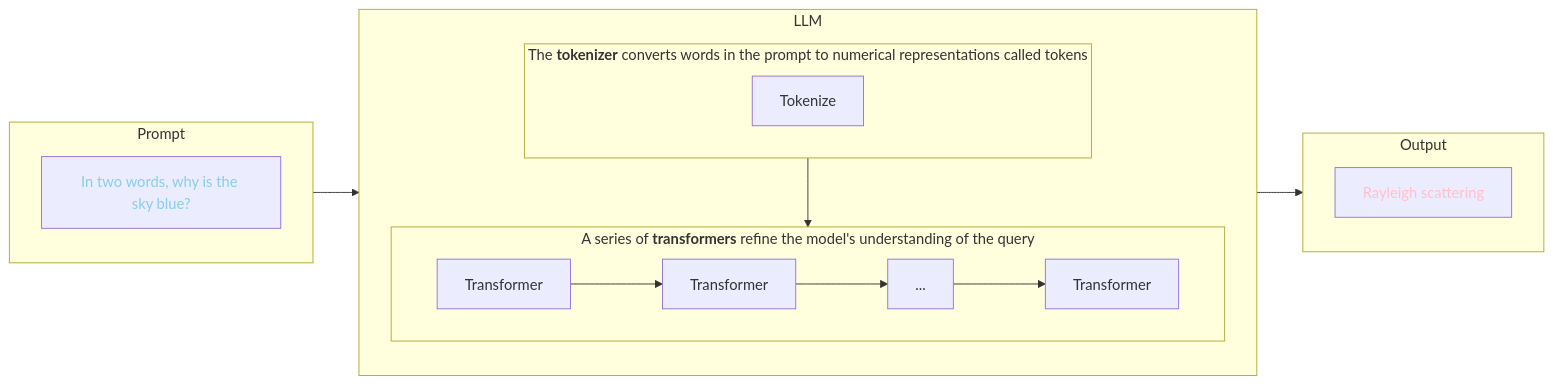
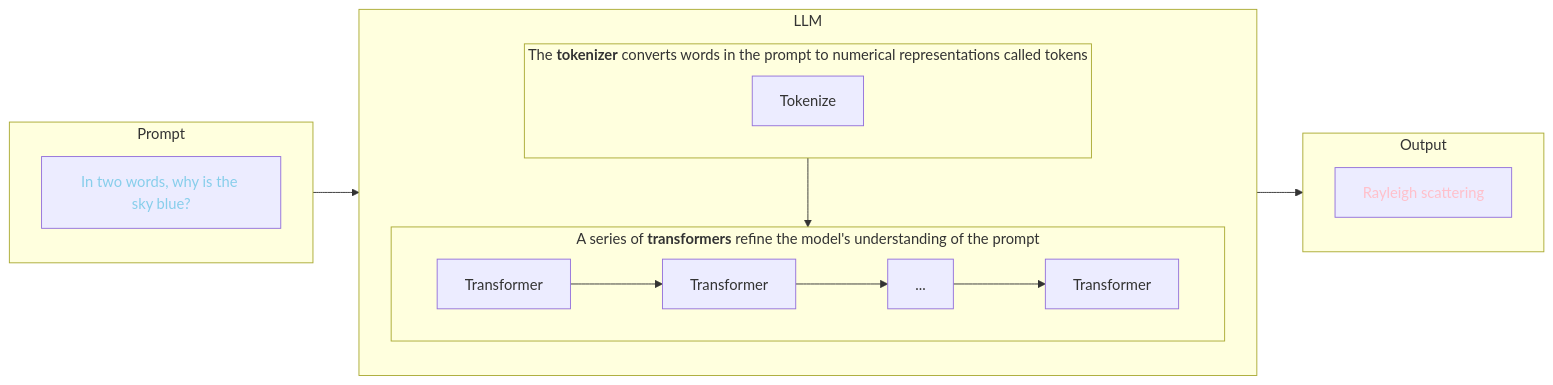
One commit to adamancer/llm-assisted-coding-lesson changed the diagram in slides.md. Above: the diagram before and after it, drawn with Mermaid. The commit also changed other lines of this file, not shown here.

````diff
--- a/slides.md
+++ b/slides.md
@@ -149,38 +149,38 @@
 ```mermaid
 flowchart LR
 
   classDef prompt color:skyblue;
   classDef response color:pink;
 
   PromptInner[In two words, why is the sky blue?]
   ResponseInner[Rayleigh scattering]
   Transformer1[Transformer]
   Transformer2[Transformer]
   Ellipsis[...]
   Transformer3[Transformer]
 
   class PromptInner prompt;
   class ResponseInner response;
 
   subgraph Prompt
     PromptInner
   end
 
   subgraph  Tokenize[The <strong>tokenizer</strong> converts words in the prompt to numerical representations called tokens]
     TokenizeInner[Tokenize]
   end
 
-  subgraph Transformers[A series of <strong>transformers</strong> refine the model's understanding of the query]
+  subgraph Transformers[A series of <strong>transformers</strong> refine the model's understanding of the prompt]
     Transformer1 --> Transformer2 --> Ellipsis --> Transformer3
   end
 
   subgraph LLM
     Tokenize --> Transformers
   end
 
   subgraph Output
     ResponseInner
   end
   
   Prompt --> LLM --> Output
 ```
````
